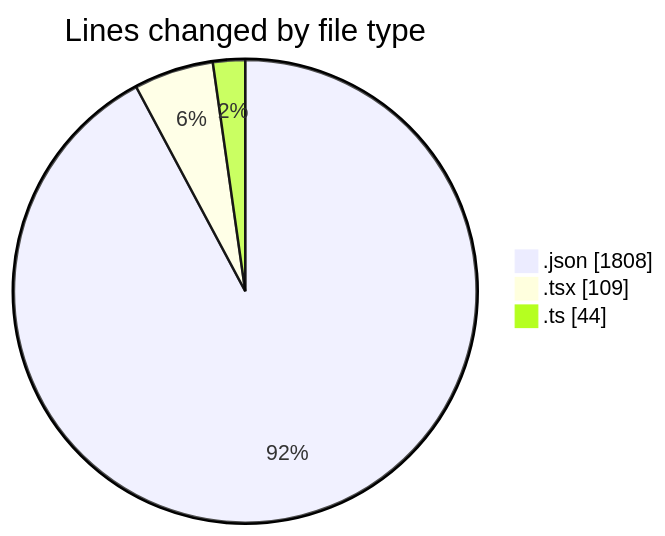
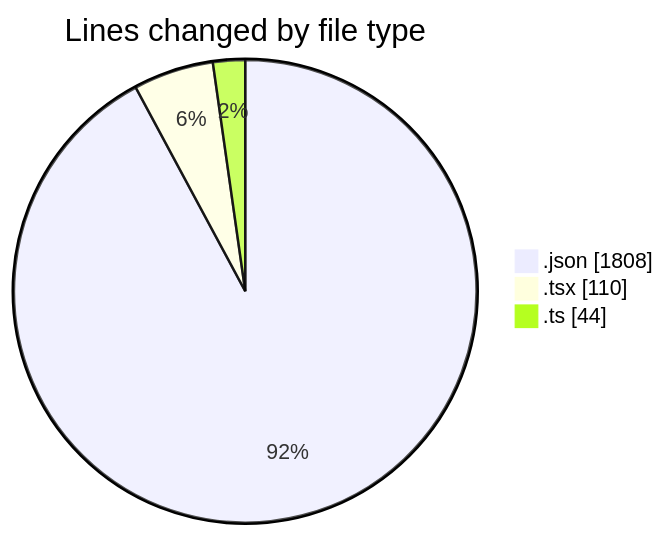
The first of 2 diagrams in 2025-11-19/eventscop-frontend-guide__workspace_/README.md (julien-gomy/code-tracking), drawn with Mermaid before and after one commit. The commit also changed other lines of this file and 1 other file, not shown here.

````diff
--- a/2025-11-19/eventscop-frontend-guide__workspace_/README.md
+++ b/2025-11-19/eventscop-frontend-guide__workspace_/README.md
@@ -30,7 +30,7 @@
 ```mermaid
 pie showData
 title Lines changed by file type
 ".json" : 1808
-".tsx" : 109
+".tsx" : 110
 ".ts" : 44
 ```
````
